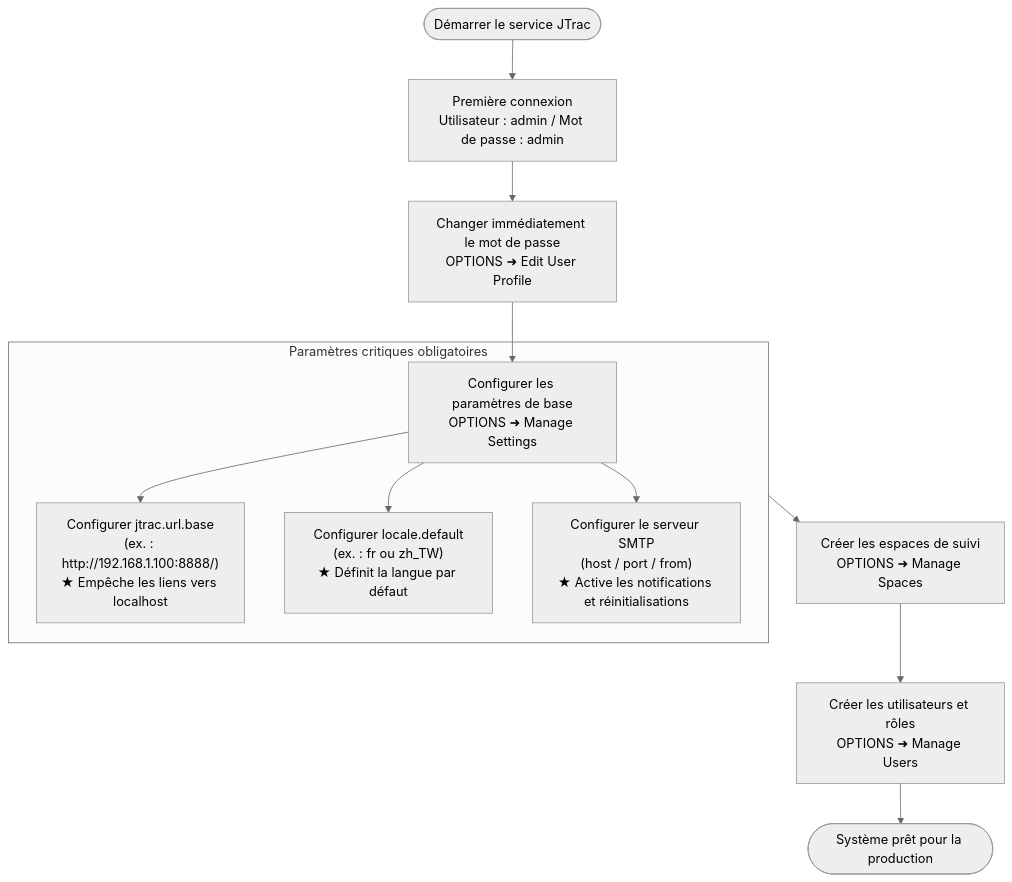
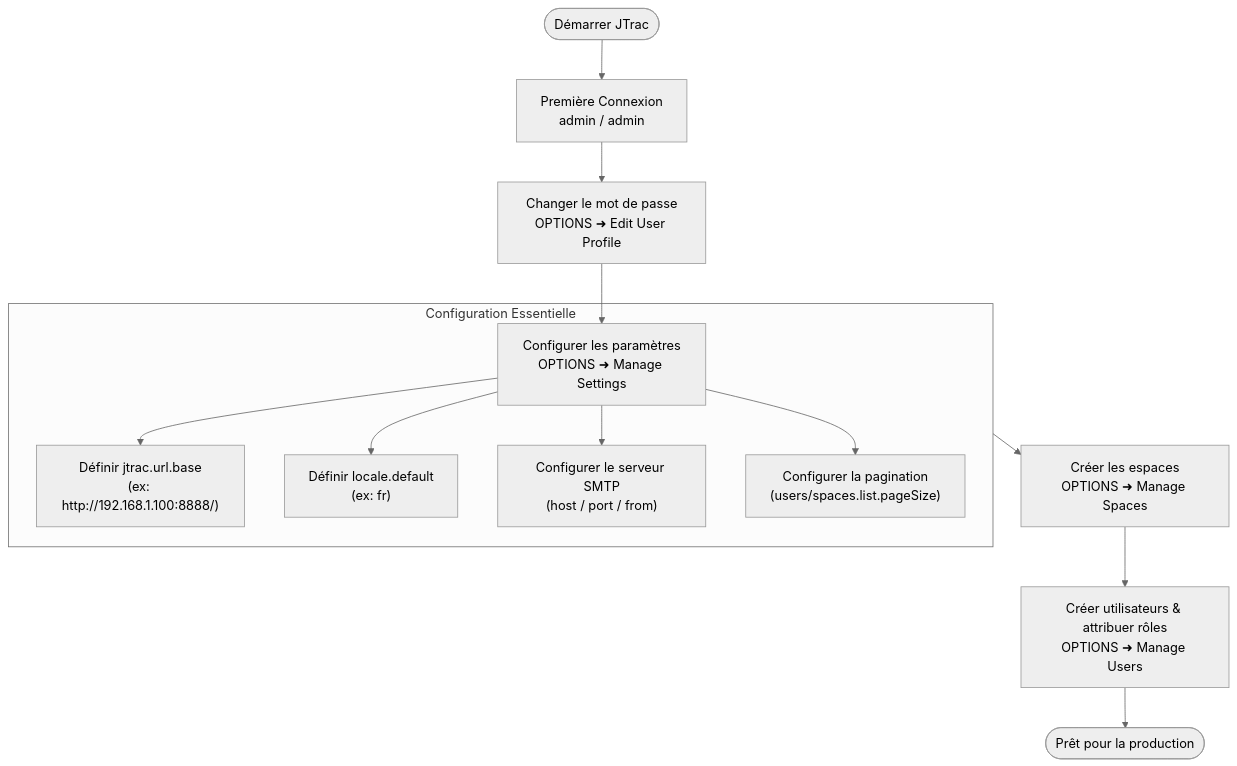
The diagram in docs/admin/ADMIN_GUIDE_fr.md (WilliamFromTW/jtrac), drawn with Mermaid (neutral theme) before and after one commit. The commit also changed other lines of this file and 57 other files, not shown here.

````diff
--- a/docs/admin/ADMIN_GUIDE_fr.md
+++ b/docs/admin/ADMIN_GUIDE_fr.md
@@ -84,16 +57,17 @@
 ```mermaid
 flowchart TD
-    Start([Démarrer le service JTrac]) --> Login[Première connexion<br/>Utilisateur : admin / Mot de passe : admin]
-    Login --> ChangePwd[Changer immédiatement le mot de passe<br/>OPTIONS ➜ Edit User Profile]
-    ChangePwd --> ConfigSettings[Configurer les paramètres de base<br/>OPTIONS ➜ Manage Settings]
+    Start([Démarrer JTrac]) --> Login[Première Connexion<br/>admin / admin]
+    Login --> ChangePwd[Changer le mot de passe<br/>OPTIONS ➜ Edit User Profile]
+    ChangePwd --> ConfigSettings[Configurer les paramètres<br/>OPTIONS ➜ Manage Settings]
     
-    subgraph CriticalSettings [Paramètres critiques obligatoires]
-        ConfigSettings --> SetUrlBase["Configurer jtrac.url.base<br/>(ex. : http://192.168.1.100:8888/)<br/>★ Empêche les liens vers localhost"]
-        ConfigSettings --> SetLocale["Configurer locale.default<br/>(ex. : fr ou zh_TW)<br/>★ Définit la langue par défaut"]
-        ConfigSettings --> SetSMTP["Configurer le serveur SMTP<br/>(host / port / from)<br/>★ Active les notifications et réinitialisations"]
+    subgraph CriticalSettings [Configuration Essentielle]
+        ConfigSettings --> SetUrlBase["Définir jtrac.url.base<br/>(ex: http://192.168.1.100:8888/)"]
+        ConfigSettings --> SetLocale["Définir locale.default<br/>(ex: fr)"]
+        ConfigSettings --> SetSMTP["Configurer le serveur SMTP<br/>(host / port / from)"]
+        ConfigSettings --> SetPaging["Configurer la pagination<br/>(users/spaces.list.pageSize)"]
     end
     
-    CriticalSettings --> CreateSpaces[Créer les espaces de suivi<br/>OPTIONS ➜ Manage Spaces]
-    CreateSpaces --> CreateUsers[Créer les utilisateurs et rôles<br/>OPTIONS ➜ Manage Users]
-    CreateUsers --> Finish([Système prêt pour la production])
+    CriticalSettings --> CreateSpaces[Créer les espaces<br/>OPTIONS ➜ Manage Spaces]
+    CreateSpaces --> CreateUsers[Créer utilisateurs & attribuer rôles<br/>OPTIONS ➜ Manage Users]
+    CreateUsers --> Finish([Prêt pour la production])
 ```
````
